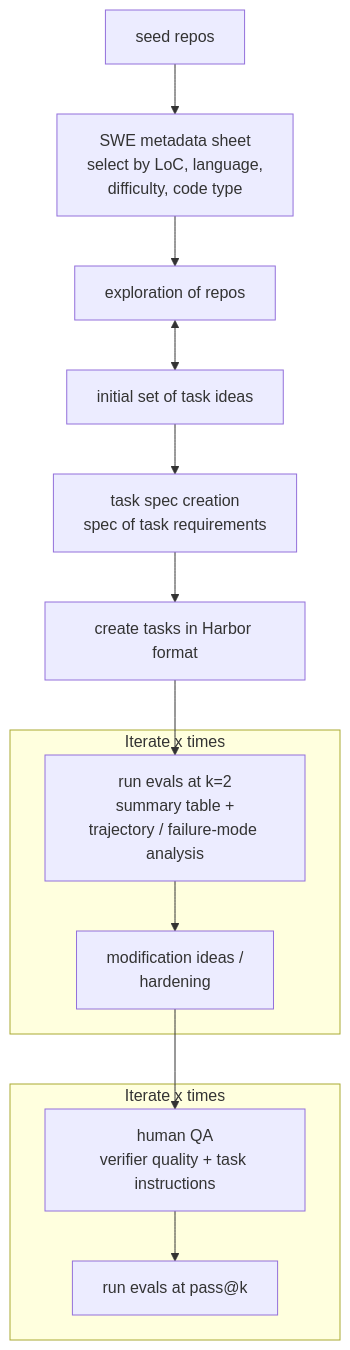
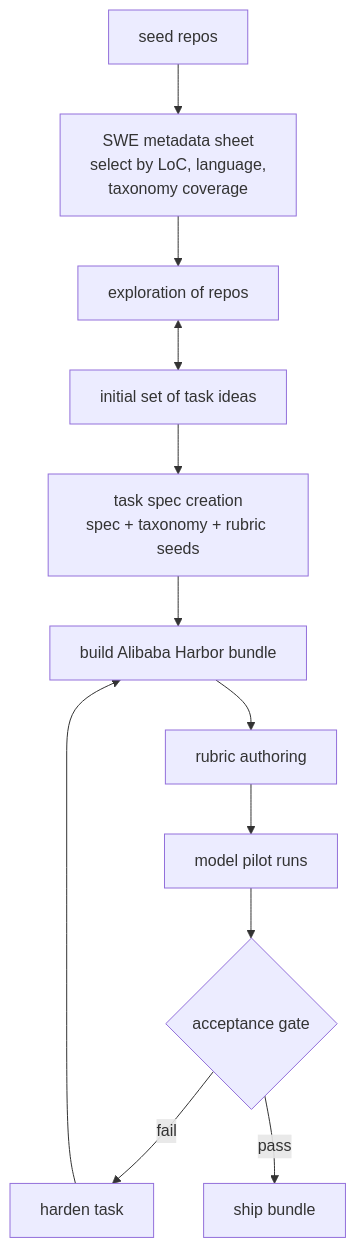
The diagram in README.md (vivekp-turing/dataset_task_creation), drawn with Mermaid before and after one commit. The commit also changed other lines of this file and 48 other files, not shown here.

````diff
--- a/README.md
+++ b/README.md
@@ -17,19 +33,14 @@
 ```mermaid
 flowchart TD
-    A[seed repos] --> B[SWE metadata sheet<br/>select by LoC, language,<br/>difficulty, code type]
+    A[seed repos] --> B[SWE metadata sheet<br/>select by LoC, language,<br/>taxonomy coverage]
     B --> C[exploration of repos]
     C <--> D[initial set of task ideas]
-    D --> E[task spec creation<br/>spec of task requirements]
-    E --> F[create tasks in Harbor format]
-    F --> G
-
-    subgraph loop1 [Iterate x times]
-        G[run evals at k=2<br/>summary table +<br/>trajectory / failure-mode analysis] --> H[modification ideas /<br/>hardening]
-    end
-
-    H --> I
-
-    subgraph loop2 [Iterate x times]
-        I[human QA<br/>verifier quality + task instructions] --> J[run evals at pass@k]
-    end
+    D --> E[task spec creation<br/>spec + taxonomy + rubric seeds]
+    E --> F[build Alibaba Harbor bundle]
+    F --> G[rubric authoring]
+    G --> H[model pilot runs]
+    H --> I{acceptance gate}
+    I -->|fail| J[harden task]
+    J --> F
+    I -->|pass| K[ship bundle]
 ```
````
